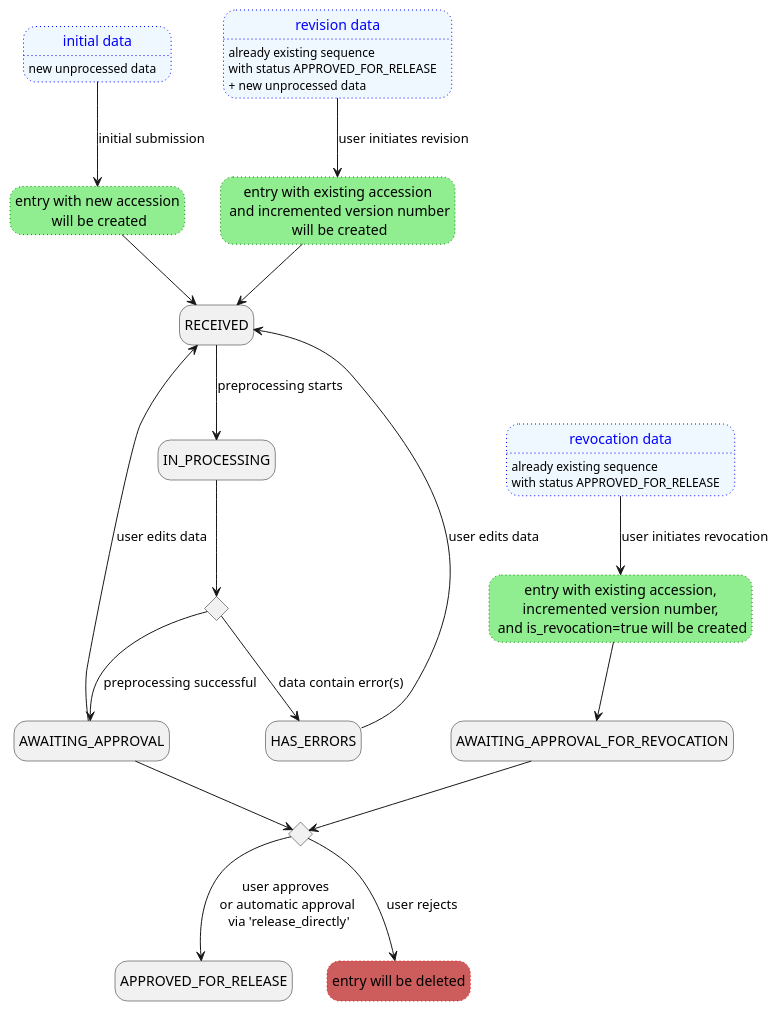
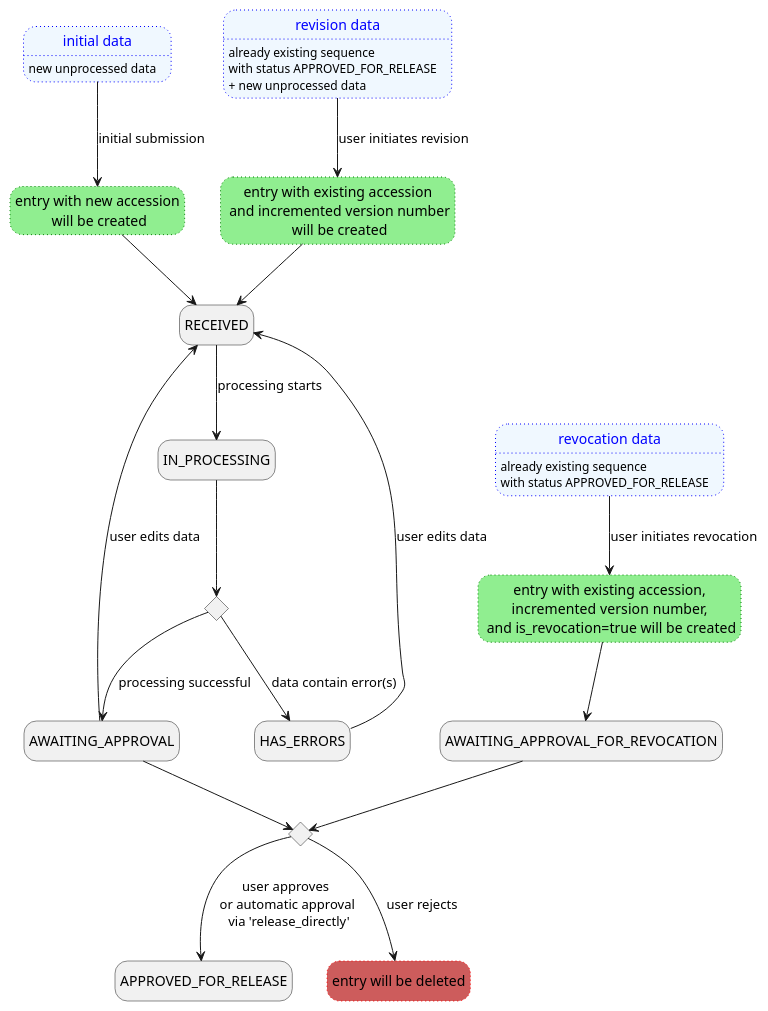
The diagram in backend/docs/plantuml/statusChange.puml (loculus-project/loculus), drawn with PlantUML before and after one commit. The commit also changed 16 other files, not shown here.

Commit message:
refactor(backend): preprocessing -> processing

```diff
--- a/backend/docs/plantuml/statusChange.puml
+++ b/backend/docs/plantuml/statusChange.puml
@@ -1,55 +1,55 @@
 @startuml
     hide empty description
 
     ' input data
     state INITIAL_DATA as "initial data" #aliceblue;line:blue;line.dotted;text:blue {
         INITIAL_DATA: new unprocessed data
         }
     state REVISION_DATA as "revision data" #aliceblue;line:blue;line.dotted;text:blue {
         REVISION_DATA: already existing sequence
         REVISION_DATA: with status APPROVED_FOR_RELEASE
         REVISION_DATA: + new unprocessed data
     }
     state REVOKED_DATA as "revocation data" #aliceblue;line:blue;line.dotted;text:blue{
         REVOKED_DATA: already existing sequence
         REVOKED_DATA: with status APPROVED_FOR_RELEASE
     }
 
     ' status states
     state AWAITING_APPROVAL_FOR_REVOCATION
     state RECEIVED
     state IN_PROCESSING
     state HAS_ERRORS
     state RECEIVED
     state APPROVED_FOR_RELEASE
     state AWAITING_APPROVAL
 
     ' actions
     state CREATING_SUBMIT as "entry with new accession\n will be created" #lightgreen;line:green;line.dotted
     state CREATING_REVISE as "entry with existing accession\n and incremented version number\n will be created" #lightgreen;line:green;line.dotted
     state CREATING_REVOKE as "entry with existing accession,\n incremented version number, \n and is_revocation=true will be created" #lightgreen;line:green;line.dotted
     state DELETION as "entry will be deleted" #IndianRed;line:red;line.dotted
     state is_error <<choice>>
     state is_approved <<choice>>
 
     ' transitions
     INITIAL_DATA --> CREATING_SUBMIT : initial submission
     CREATING_SUBMIT --> RECEIVED
     REVISION_DATA --> CREATING_REVISE : user initiates revision
     CREATING_REVISE --> RECEIVED
 
     REVOKED_DATA --> CREATING_REVOKE : user initiates revocation
     CREATING_REVOKE --> AWAITING_APPROVAL_FOR_REVOCATION
     AWAITING_APPROVAL_FOR_REVOCATION --> is_approved
 
-    RECEIVED --> IN_PROCESSING : preprocessing starts
+    RECEIVED --> IN_PROCESSING : processing starts
     IN_PROCESSING --> is_error
     is_error --> HAS_ERRORS : data contain error(s)
     HAS_ERRORS --> RECEIVED : user edits data
     AWAITING_APPROVAL --> RECEIVED : user edits data
-    is_error --> AWAITING_APPROVAL : preprocessing successful
+    is_error --> AWAITING_APPROVAL : processing successful
     AWAITING_APPROVAL --> is_approved
     is_approved --> APPROVED_FOR_RELEASE : user approves \nor automatic approval\n via 'release_directly'
     is_approved --> DELETION : user rejects
 
 @enduml
```
